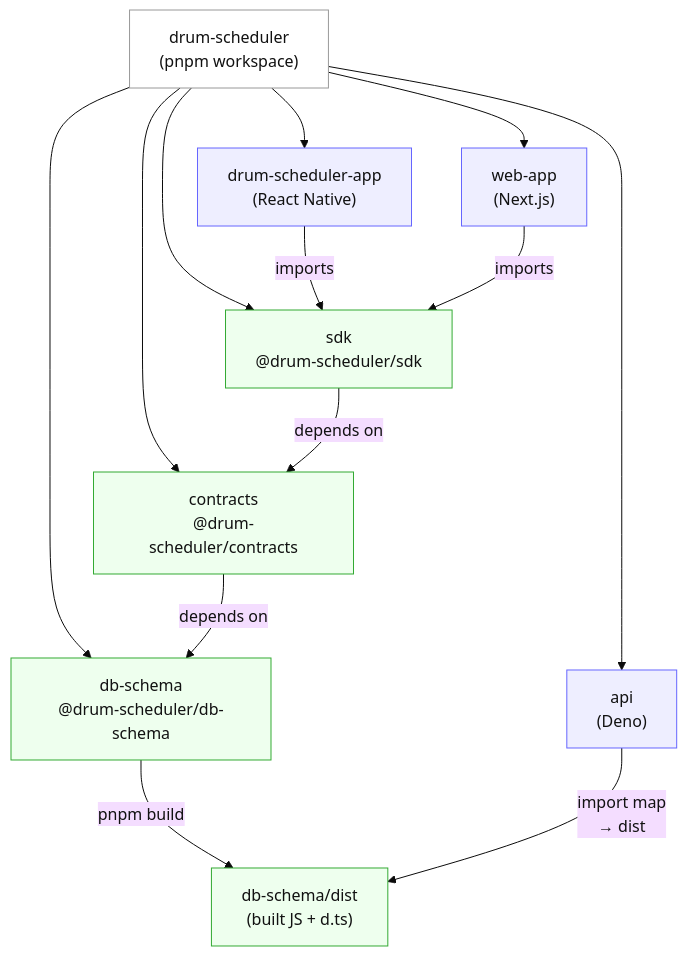
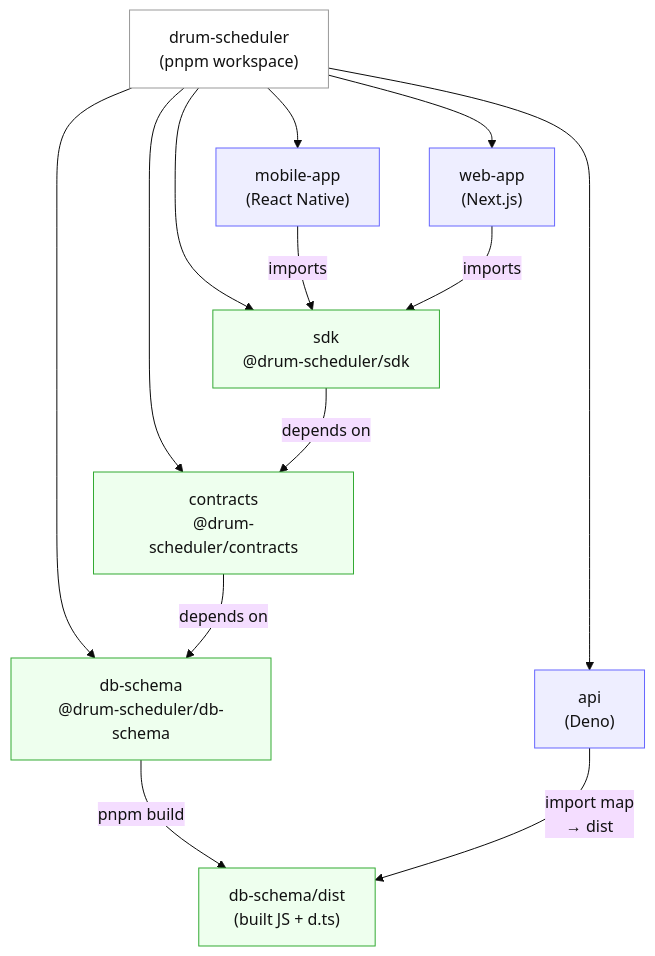
The diagram in docs/monorepo-diagram.md (mikolaj89/beat-routine), drawn with Mermaid before and after one commit. The commit also changed 100 other files, not shown here.

Commit message:
chore(drum-scheduler-app) - rename drum-scheduler-app to mobile-app

````diff
--- a/docs/monorepo-diagram.md
+++ b/docs/monorepo-diagram.md
@@ -3,45 +3,45 @@
 ```mermaid
 %%{init: {"theme": "base", "flowchart": {"nodeSpacing": 50, "rankSpacing": 60}, "themeVariables": {"textColor": "#111111", "primaryTextColor": "#111111", "secondaryTextColor": "#111111"}}}%%
 flowchart TD
   %% Workspace
   Root["drum-scheduler<br/>(pnpm workspace)"]
 
   %% Apps
   Admin["web-app<br/>(Next.js)"]
-  Mobile["drum-scheduler-app<br/>(React Native)"]
+  Mobile["mobile-app<br/>(React Native)"]
   Api["api<br/>(Deno)"]
 
   %% Packages
   SDK["sdk<br/>@drum-scheduler/sdk"]
   Contracts["contracts<br/>@drum-scheduler/contracts"]
   DBSchema["db-schema<br/>@drum-scheduler/db-schema"]
   DBSchemaDist["db-schema/dist<br/>(built JS + d.ts)"]
 
   %% Root -> workspaces
   Root --> Admin
   Root --> Mobile
   Root --> Api
   Root --> SDK
   Root --> Contracts
   Root --> DBSchema
 
   %% Node workspace deps
   Mobile -->|imports| SDK
   Admin -->|imports| SDK
 
   SDK -->|depends on| Contracts
   Contracts -->|depends on| DBSchema
 
   %% Deno API uses built artifacts via import map
   DBSchema -->|pnpm build| DBSchemaDist
   Api -->|import map<br/>→ dist| DBSchemaDist
 
   %% Styling
   classDef app fill:#eef,stroke:#66f,stroke-width:1px,color:#111;
   classDef pkg fill:#efe,stroke:#3a3,stroke-width:1px,color:#111;
   classDef root fill:#fff,stroke:#999,stroke-width:1px,color:#111;
 
   class Root root;
   class Admin,Mobile,Api app;
   class SDK,Contracts,DBSchema,DBSchemaDist pkg;
 ```
````
